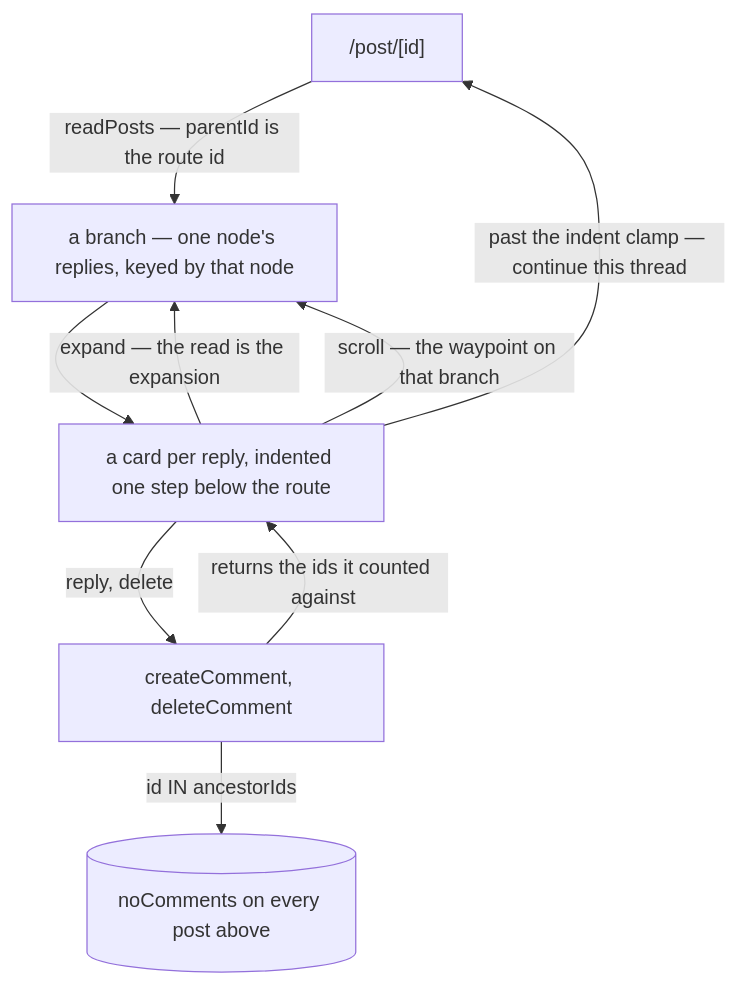
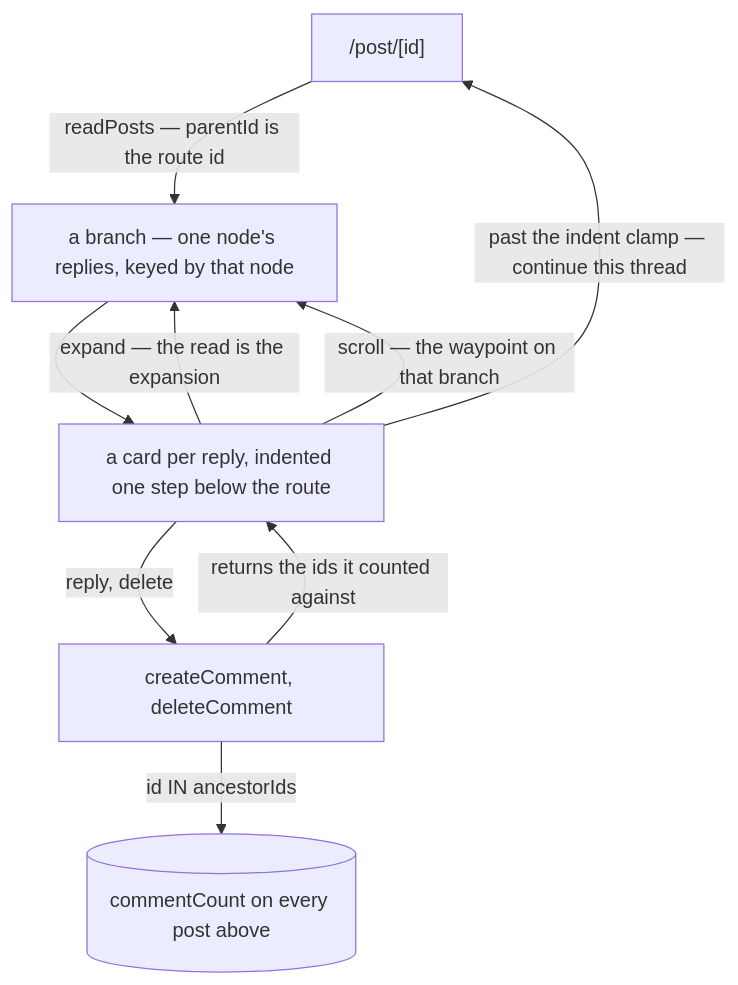
Before and after one commit to Esposter/Esposter: the second of 2 diagrams in packages/app/content/docs/posts/posts-and-comments.md, drawn with Mermaid. The commit also changed other lines of this file and 45 other files, not shown here.

First line of the commit message:
refactor(naming): name every stored count <noun>Count

````diff
--- a/packages/app/content/docs/posts/posts-and-comments.md
+++ b/packages/app/content/docs/posts/posts-and-comments.md
@@ -40,11 +40,11 @@
 ```mermaid
 flowchart TD
   ROUTE["/post/[id]"] -->|"readPosts — parentId is the route id"| BRANCH["a branch — one node's replies, keyed by that node"]
   BRANCH --> CARD["a card per reply, indented one step below the route"]
   CARD -->|"expand — the read is the expansion"| BRANCH
   CARD -->|"scroll — the waypoint on that branch"| BRANCH
   CARD -->|"past the indent clamp — continue this thread"| ROUTE
   CARD -->|"reply, delete"| WRITE["createComment, deleteComment"]
-  WRITE -->|"id IN ancestorIds"| COUNT[("noComments on every post above")]
+  WRITE -->|"id IN ancestorIds"| COUNT[("commentCount on every post above")]
   WRITE -->|"returns the ids it counted against"| CARD
 ```
````
